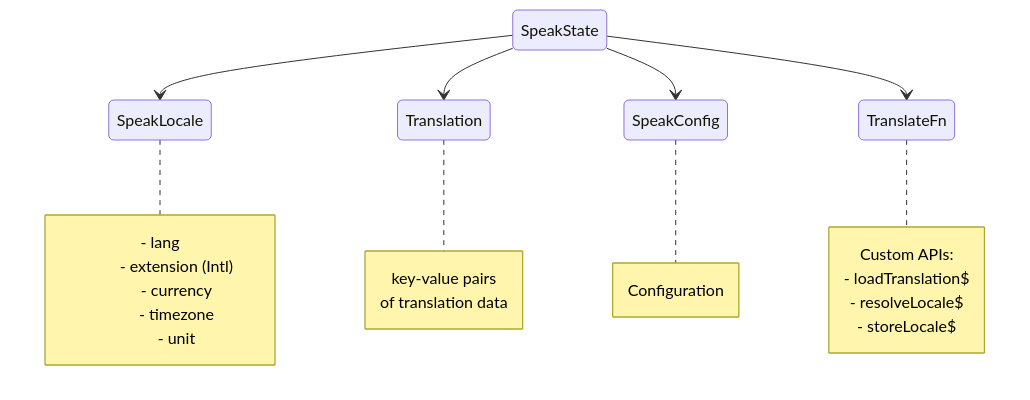
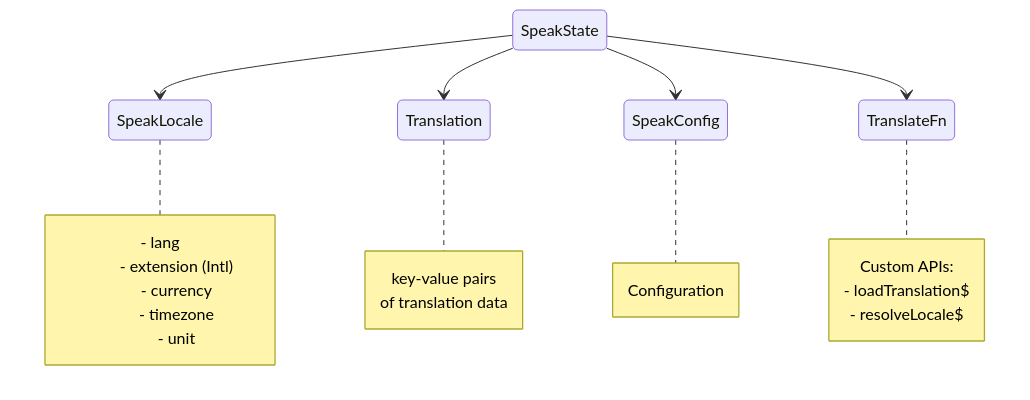
The second of 2 diagrams in README.md (robisim74/qwik-speak), drawn with Mermaid before and after one commit. The commit also changed other lines of this file and 9 other files, not shown here.

Commit message:
Refactor(translateFn): remove storeLocale

````diff
--- a/README.md
+++ b/README.md
@@ -219,30 +215,29 @@
 ```mermaid
 stateDiagram-v2
     State1: SpeakState
     State2: SpeakLocale
     State3: Translation
     State4: SpeakConfig
     State5: TranslateFn
     State1 --> State2
     State1 --> State3
     State1 --> State4
     State1 --> State5
     note right of State2
         - lang
         - extension (Intl)
         - currency
         - timezone
         - unit
     end note
     note right of State3
         key-value pairs
         of translation data
     end note
     note right of State4: Configuration
     note right of State5
         Custom APIs:
         - loadTranslation$
         - resolveLocale$
-        - storeLocale$
     end note
 ```
````
